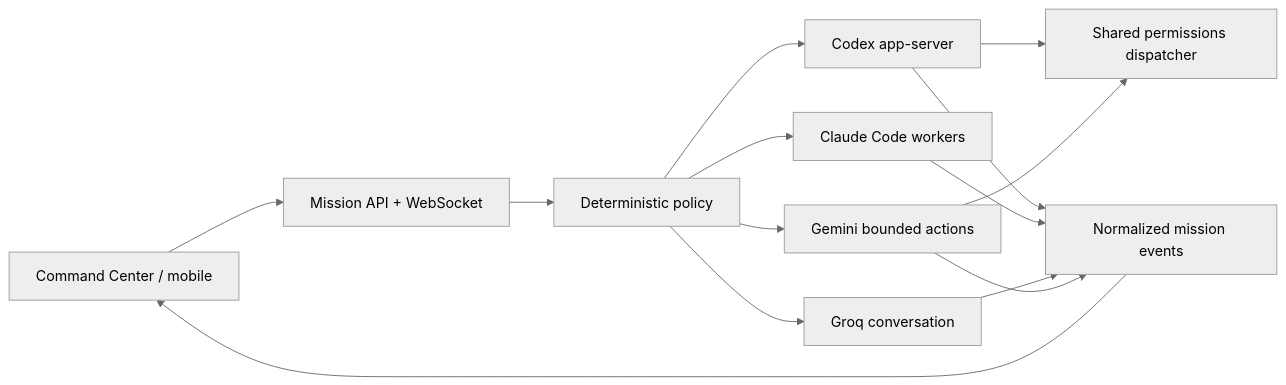
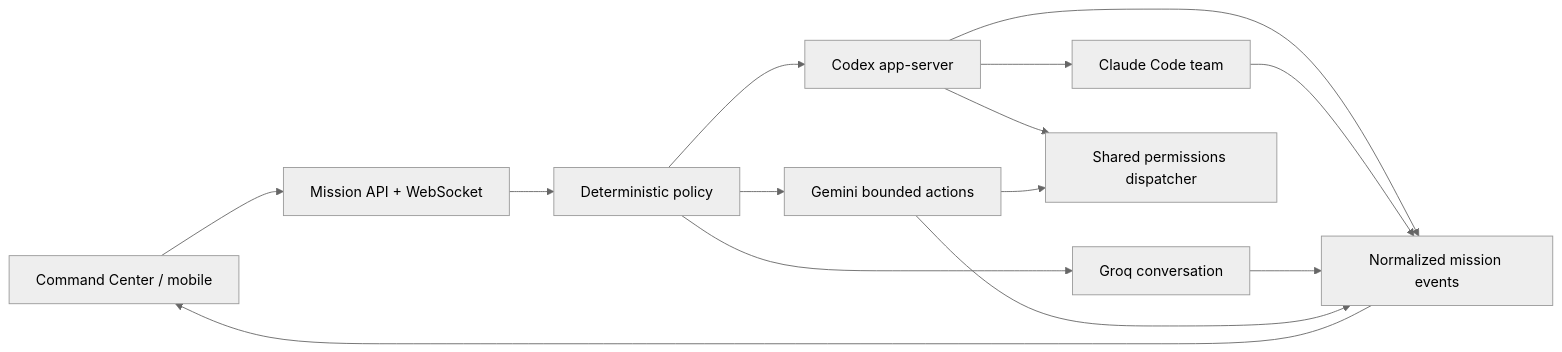
One commit to MrZarrar/Jarvis-Sub-Agent-Dashboard changed the first of 48 diagrams in ARCHITECTURE.md. Above: the diagram before and after it, drawn with Mermaid (neutral theme). The commit also changed other lines of this file and 204 other files, not shown here.

````diff
--- a/ARCHITECTURE.md
+++ b/ARCHITECTURE.md
@@ -11,16 +11,16 @@
 ```mermaid
 flowchart LR
   UI["Command Center / mobile"] --> API["Mission API + WebSocket"]
   API --> POLICY["Deterministic policy"]
   POLICY --> CODEX["Codex app-server"]
-  POLICY --> CLAUDE["Claude Code workers"]
+  CODEX --> CLAUDE["Claude Code team"]
   POLICY --> GROQ["Groq conversation"]
   POLICY --> GEMINI["Gemini bounded actions"]
   CODEX --> GATE["Shared permissions dispatcher"]
   GEMINI --> GATE
   CODEX --> EVENTS["Normalized mission events"]
   CLAUDE --> EVENTS
   GROQ --> EVENTS
   GEMINI --> EVENTS
   EVENTS --> UI
 ```
````
